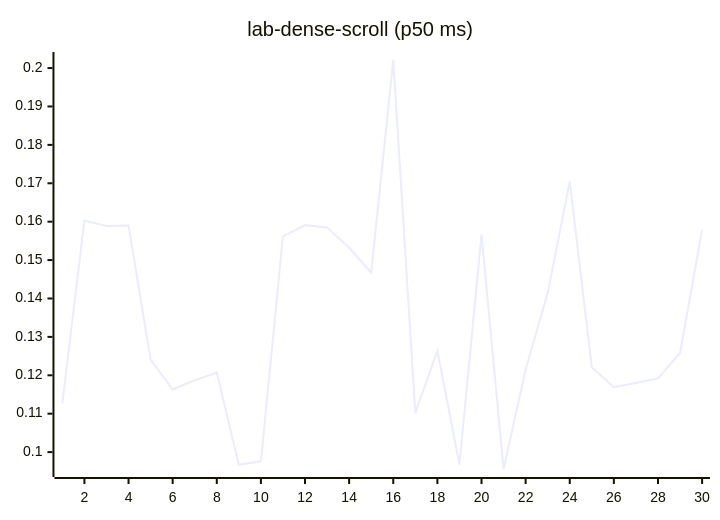
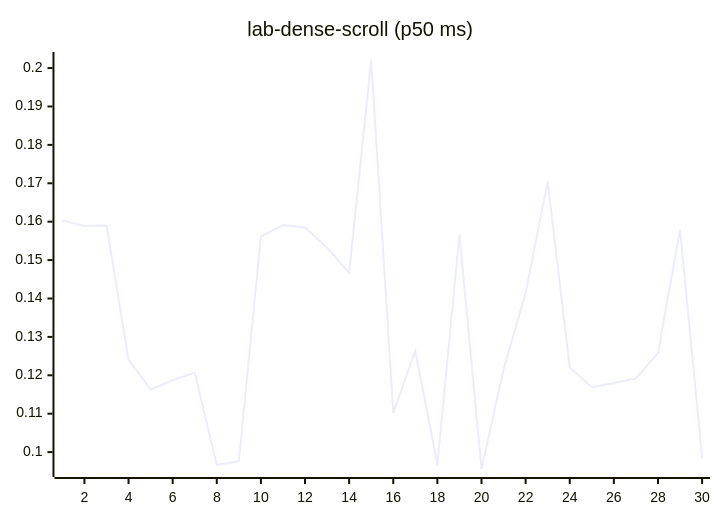
Before and after one commit to josha/Facet: diagram 12 of 27 in README.md, drawn with Mermaid. The commit also changed other lines of this file and 2 other files, not shown here.

````diff
--- a/README.md
+++ b/README.md
@@ -140,6 +140,6 @@
 ```mermaid
 xychart-beta
     title "lab-dense-scroll (p50 ms)"
     x-axis 1 --> 30
-    line [0.1127, 0.1603, 0.1589, 0.1590, 0.1241, 0.1163, 0.1187, 0.1207, 0.0967, 0.0976, 0.1562, 0.1591, 0.1585, 0.1532, 0.1467, 0.2021, 0.1102, 0.1264, 0.0967, 0.1567, 0.0956, 0.1215, 0.1414, 0.1705, 0.1221, 0.1169, 0.1180, 0.1192, 0.1258, 0.1579]
+    line [0.1603, 0.1589, 0.1590, 0.1241, 0.1163, 0.1187, 0.1207, 0.0967, 0.0976, 0.1562, 0.1591, 0.1585, 0.1532, 0.1467, 0.2021, 0.1102, 0.1264, 0.0967, 0.1567, 0.0956, 0.1215, 0.1414, 0.1705, 0.1221, 0.1169, 0.1180, 0.1192, 0.1258, 0.1579, 0.0986]
 ```
````
